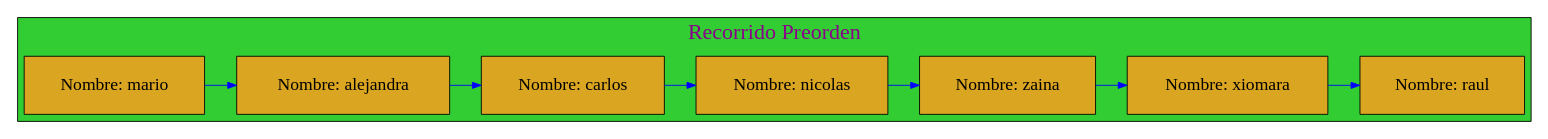
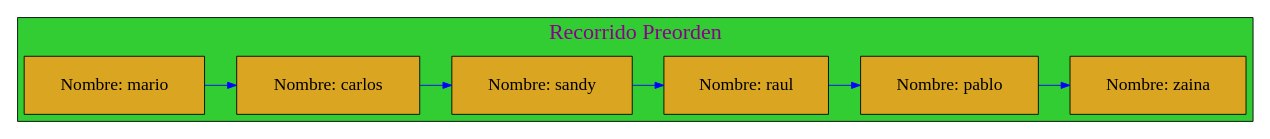
The diagram in Graficas/Recorrido_Preorden.dot (mariotun/EDD_1S2020_PY1_201602942), drawn with Graphviz before and after one commit. The commit also changed 16 other files, not shown here.

```diff
--- a/Graficas/Recorrido_Preorden.dot
+++ b/Graficas/Recorrido_Preorden.dot
@@ -1,29 +1,28 @@
 digraph Preorden_Traversal{
 
 graph[ranksep= "0.5",nodesep= "0.5"];subgraph cluster_4{
 
 label="Recorrido Preorden";
 labelloc=t;
 fontcolor=magenta4;
 fontname=algerian;
 fontsize=25;
 style=filled;
 fillcolor=limegreen;
 
 node[margin=0.3 shape=box style=filled fontcolor=black fillcolor=goldenrod fontsize=20];
 {rank=same;
 
-25769968848[label="Nombre: mario " ];
-25770344352[label="Nombre: alejandra " ];
-25770344928[label="Nombre: carlos " ];
-25770344624[label="Nombre: nicolas " ];
-25770345008[label="Nombre: zaina " ];
-25770345488[label="Nombre: xiomara " ];
-25770345568[label="Nombre: raul " ];
+25770475776[label="Nombre: mario " ];
+25770476512[label="Nombre: carlos " ];
+25770475984[label="Nombre: sandy " ];
+25770476992[label="Nombre: raul " ];
+25770476288[label="Nombre: pablo " ];
+25770477200[label="Nombre: zaina " ];
 };
-25769968848 -> 25770344352 -> 25770344928 -> 25770344624 -> 25770345008 -> 25770345488 -> 25770345568 
+25770475776 -> 25770476512 -> 25770475984 -> 25770476992 -> 25770476288 -> 25770477200 
 
 [color=blue ];
 }
 
 }
```
